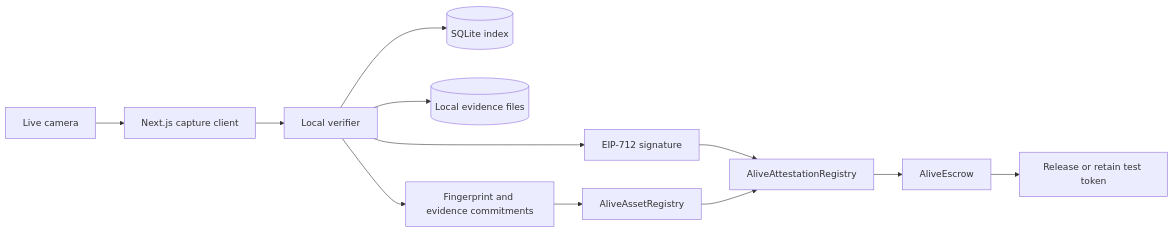
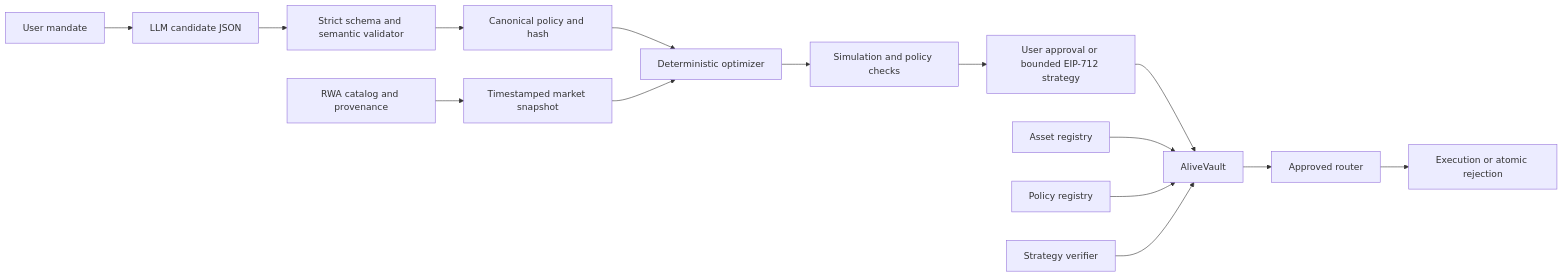
One commit to Nnadijoshuac/Alive changed the diagram in README.md. Above: the diagram before and after it, drawn with Mermaid. The commit also changed other lines of this file and 132 other files, not shown here.

First line of the commit message:
chore: checkpoint RWA policy vault before verification gateway pivot

````diff
--- a/README.md
+++ b/README.md
@@ -39,14 +83,17 @@
 ```mermaid
 flowchart LR
-    A[Live camera] --> B[Next.js capture client]
-    B --> C[Local verifier]
-    C --> D[(SQLite index)]
-    C --> E[(Local evidence files)]
-    C --> F[Fingerprint and evidence commitments]
-    C --> G[EIP-712 signature]
-    F --> H[AliveAssetRegistry]
-    G --> I[AliveAttestationRegistry]
-    H --> I
-    I --> J[AliveEscrow]
-    J --> K[Release or retain test token]
+    A[User mandate] --> B[LLM candidate JSON]
+    B --> C[Strict schema and semantic validator]
+    C --> D[Canonical policy and hash]
+    E[RWA catalog and provenance] --> F[Timestamped market snapshot]
+    D --> G[Deterministic optimizer]
+    F --> G
+    G --> H[Simulation and policy checks]
+    H --> I[User approval or bounded EIP-712 strategy]
+    I --> J[AliveVault]
+    K[Asset registry] --> J
+    L[Policy registry] --> J
+    M[Strategy verifier] --> J
+    J --> N[Approved router]
+    N --> O[Execution or atomic rejection]
 ```
````
